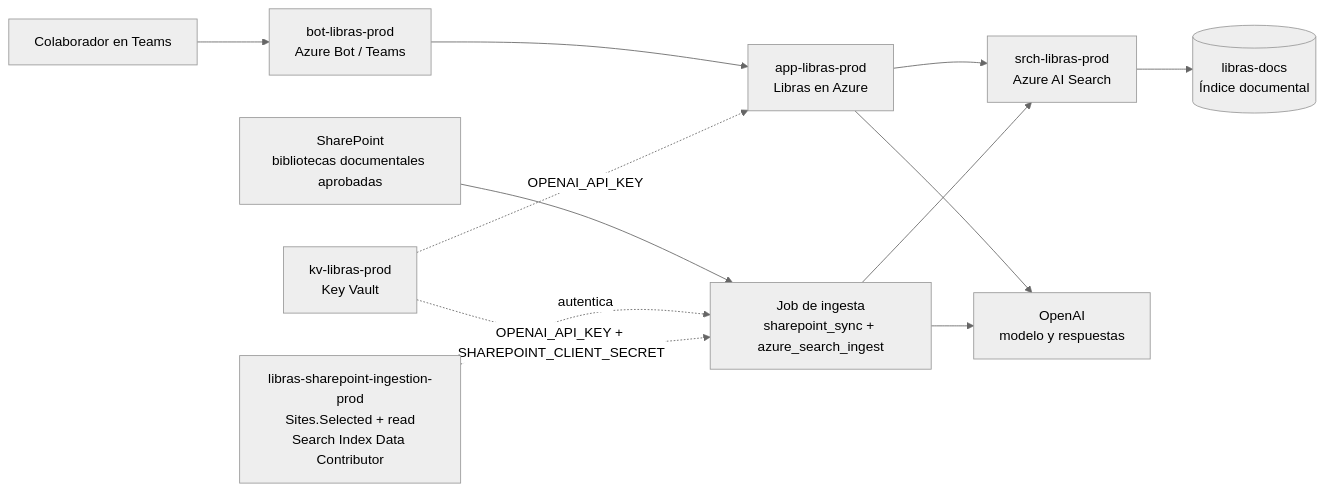
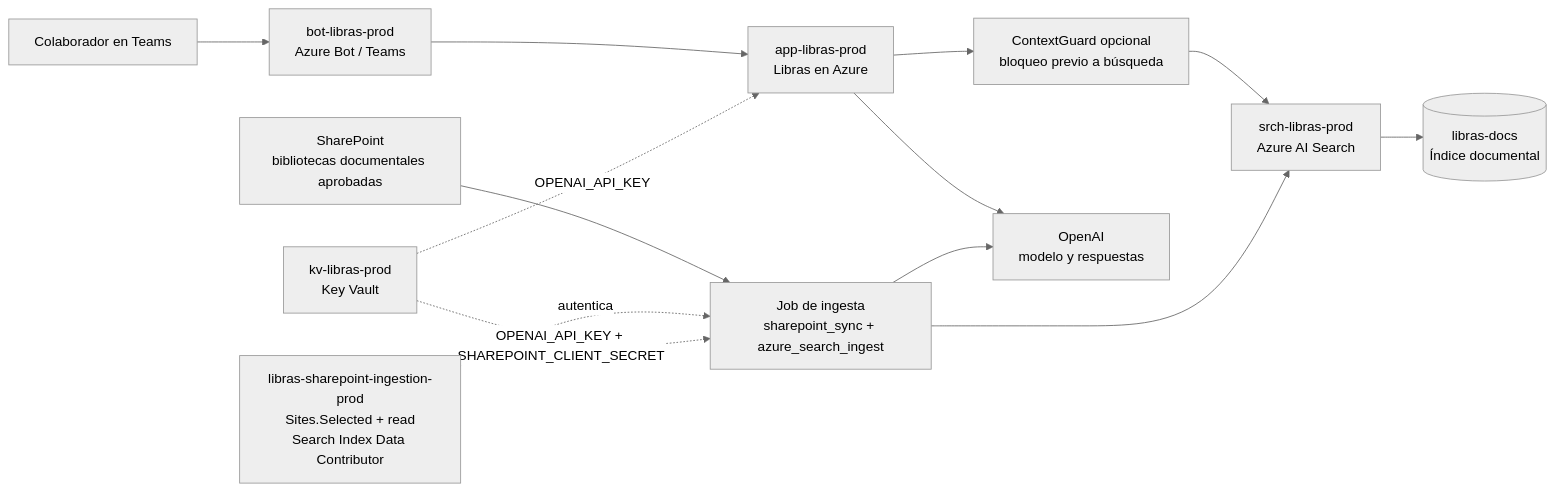
One commit to alejandrogaseinfo/aseinfo_bot changed the diagram in docs/arquitectura-produccion.md. Above: the diagram before and after it, drawn with Mermaid (neutral theme). The commit also changed other lines of this file and 23 other files, not shown here.

````diff
--- a/docs/arquitectura-produccion.md
+++ b/docs/arquitectura-produccion.md
@@ -7,16 +7,17 @@
 ```mermaid
 flowchart LR
     teams["Colaborador en Teams"] --> bot["bot-libras-prod<br/>Azure Bot / Teams"]
     bot --> app["app-libras-prod<br/>Libras en Azure"]
-    app --> search["srch-libras-prod<br/>Azure AI Search"]
+    app --> guard["ContextGuard opcional<br/>bloqueo previo a búsqueda"]
+    guard --> search["srch-libras-prod<br/>Azure AI Search"]
     search --> index[("libras-docs<br/>Índice documental")]
     app --> openai["OpenAI<br/>modelo y respuestas"]
 
     sharepoint["SharePoint<br/>bibliotecas documentales aprobadas"] --> ingest["Job de ingesta<br/>sharepoint_sync + azure_search_ingest"]
     identity["libras-sharepoint-ingestion-prod<br/>Sites.Selected + read<br/>Search Index Data Contributor"] -. "autentica" .-> ingest
     ingest --> openai
     ingest --> search
 
     vault["kv-libras-prod<br/>Key Vault"] -. "OPENAI_API_KEY" .-> app
     vault -. "OPENAI_API_KEY + SHAREPOINT_CLIENT_SECRET" .-> ingest
 ```
````
